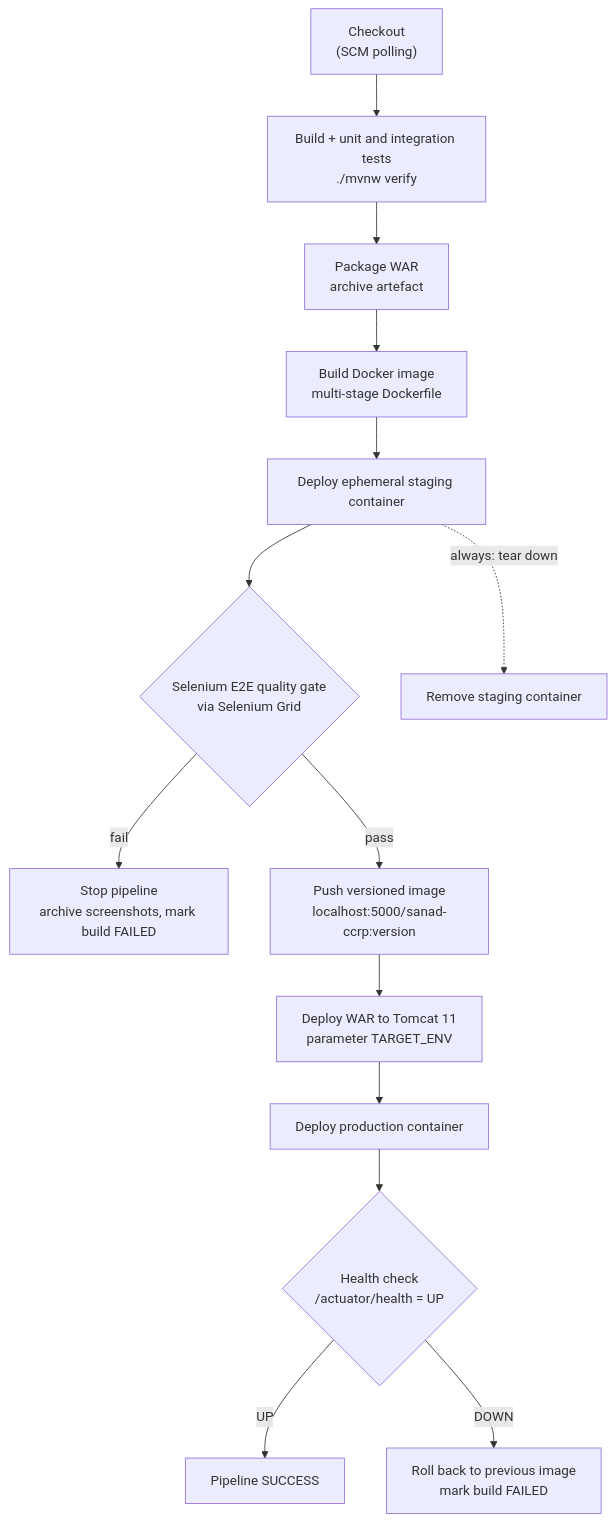
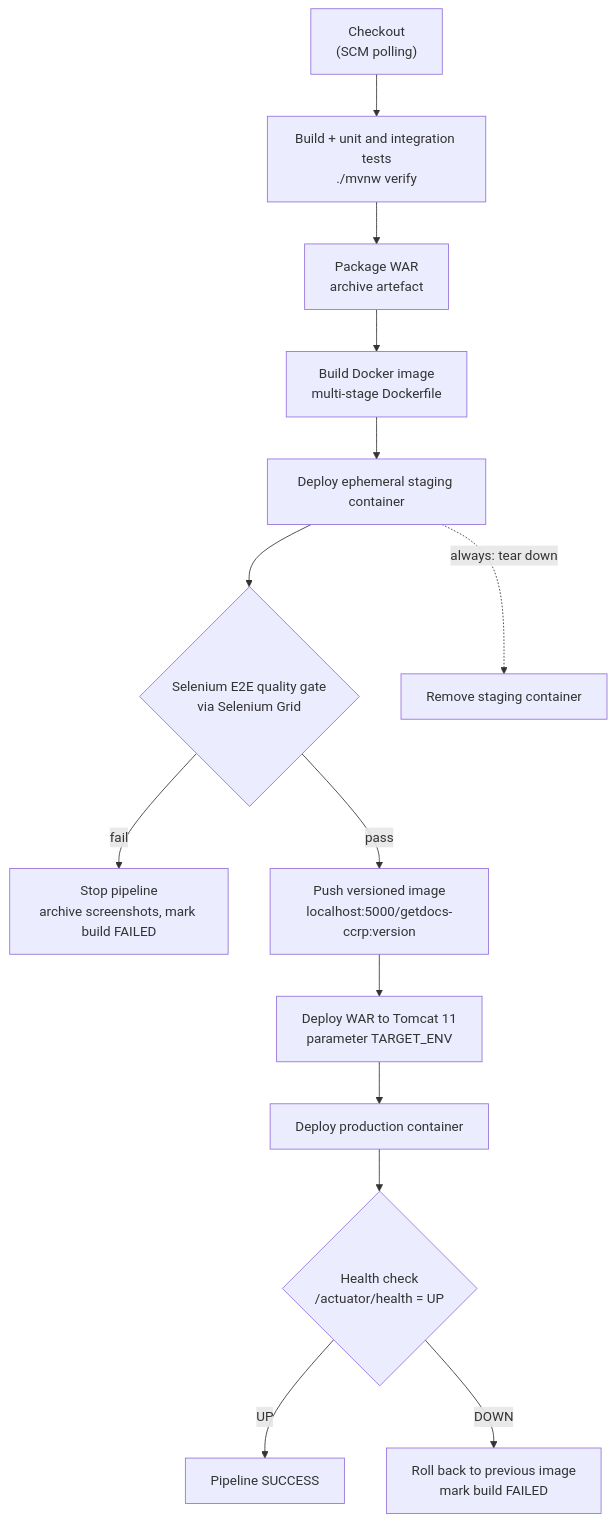
Before and after one commit to tanishqbuilds/citizen-certificate-portal: the third of 4 diagrams in docs/02-agile-plan.md, drawn with Mermaid. The commit also changed other lines of this file and 30 other files, not shown here.

````diff
--- a/docs/02-agile-plan.md
+++ b/docs/02-agile-plan.md
@@ -417,16 +417,16 @@
 ```mermaid
 flowchart TD
     A["Checkout<br/>(SCM polling)"] --> B["Build + unit and integration tests<br/>./mvnw verify"]
     B --> C["Package WAR<br/>archive artefact"]
     C --> D["Build Docker image<br/>multi-stage Dockerfile"]
     D --> E["Deploy ephemeral staging container"]
     E --> F{"Selenium E2E quality gate<br/>via Selenium Grid"}
     F -- "fail" --> X["Stop pipeline<br/>archive screenshots, mark build FAILED"]
-    F -- "pass" --> G["Push versioned image<br/>localhost:5000/sanad-ccrp:version"]
+    F -- "pass" --> G["Push versioned image<br/>localhost:5000/getdocs-ccrp:version"]
     G --> H["Deploy WAR to Tomcat 11<br/>parameter TARGET_ENV"]
     H --> I["Deploy production container"]
     I --> J{"Health check<br/>/actuator/health = UP"}
     J -- "UP" --> K["Pipeline SUCCESS"]
     J -- "DOWN" --> R["Roll back to previous image<br/>mark build FAILED"]
     E -. "always: tear down" .-> T["Remove staging container"]
 ```
````
